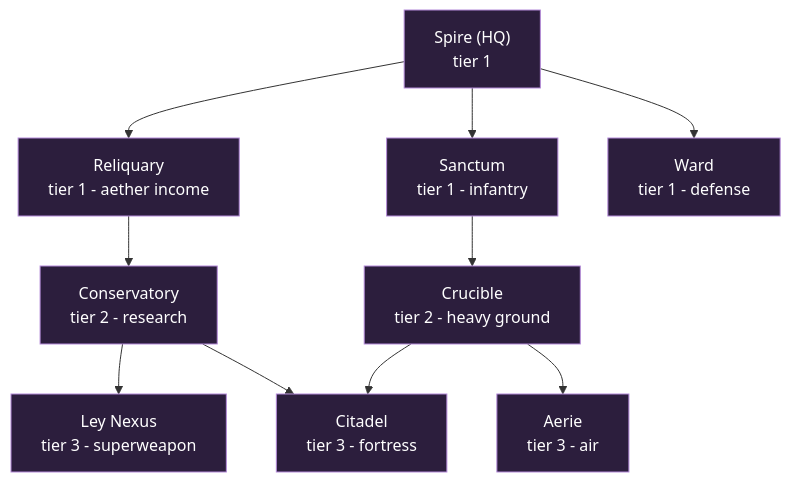
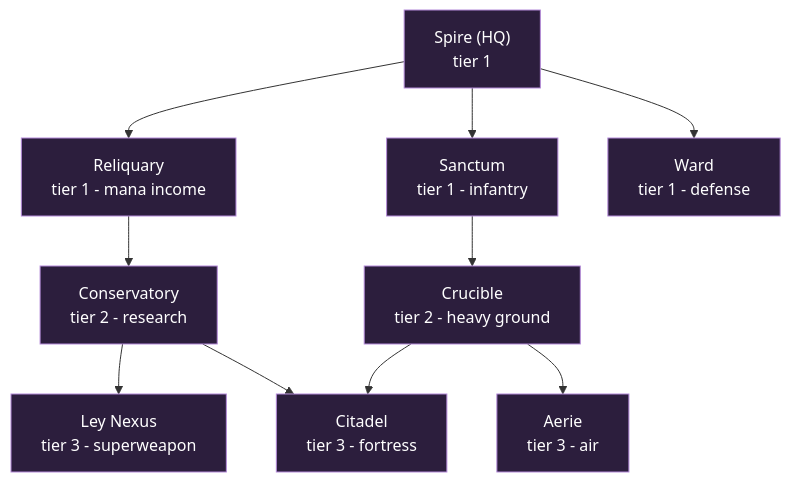
One commit to RubenTipparach/rts-99-jam changed the first of 2 diagrams in docs/tech-tree.md. Above: the diagram before and after it, drawn with Mermaid. The commit also changed other lines of this file and 1 other file, not shown here.

First line of the commit message:
docs: adopt five-resource economy (Ore/Carbon/Water/Mana/Power)

````diff
--- a/docs/tech-tree.md
+++ b/docs/tech-tree.md
@@ -63,25 +113,25 @@
 ```mermaid
 graph TD
     Spire["Spire (HQ)<br/>tier 1"]
-    Reliquary["Reliquary<br/>tier 1 - aether income"]
+    Reliquary["Reliquary<br/>tier 1 - mana income"]
     Sanctum["Sanctum<br/>tier 1 - infantry"]
     Ward["Ward<br/>tier 1 - defense"]
     Crucible["Crucible<br/>tier 2 - heavy ground"]
     Conservatory["Conservatory<br/>tier 2 - research"]
     Aerie["Aerie<br/>tier 3 - air"]
     Citadel["Citadel<br/>tier 3 - fortress"]
     LeyNexus["Ley Nexus<br/>tier 3 - superweapon"]
 
     Spire --> Reliquary
     Spire --> Sanctum
     Spire --> Ward
     Sanctum --> Crucible
     Reliquary --> Conservatory
     Crucible --> Aerie
     Crucible --> Citadel
     Conservatory --> Citadel
     Conservatory --> LeyNexus
 
     classDef astro fill:#2c1e3d,stroke:#b48ad9,color:#fff;
     class Spire,Reliquary,Sanctum,Ward,Crucible,Conservatory,Aerie,Citadel,LeyNexus astro;
 ```
````
